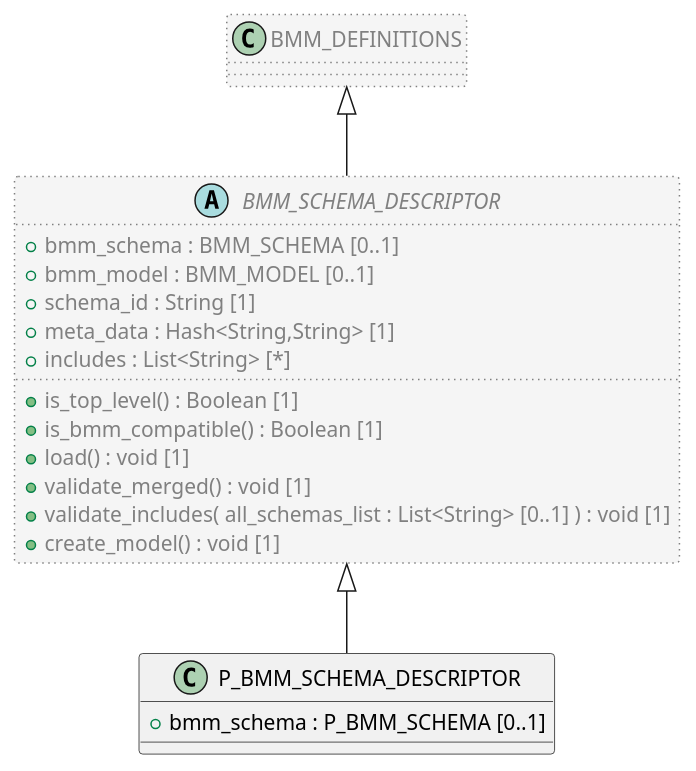
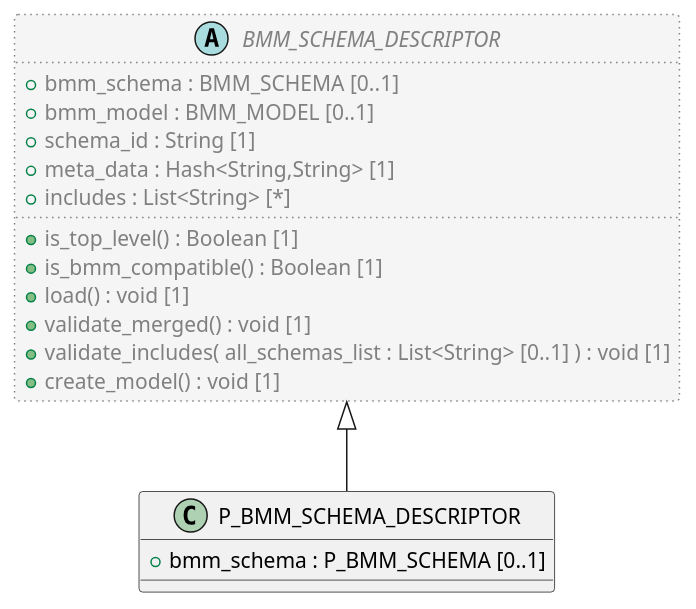
The diagram in code/Adoc/openehr_lang_1.1.0/plantUML/classes/org.openehr.lang.bmm_persistence.p_bmm_schema_descriptor.adoc (sebastian-iancu/code-generator), drawn with PlantUML before and after one commit. The commit also changed 719 other files, not shown here.

```diff
--- a/code/Adoc/openehr_lang_1.1.0/plantUML/classes/org.openehr.lang.bmm_persistence.p_bmm_schema_descriptor.adoc
+++ b/code/Adoc/openehr_lang_1.1.0/plantUML/classes/org.openehr.lang.bmm_persistence.p_bmm_schema_descriptor.adoc
@@ -1,32 +1,27 @@
 [plantuml,P_BMM_SCHEMA_DESCRIPTOR,format=svg,svg-type="inline"]
 -----
 @startuml
 
 class P_BMM_SCHEMA_DESCRIPTOR {
   + bmm_schema : P_BMM_SCHEMA [0..1]
 }
 
 abstract class BMM_SCHEMA_DESCRIPTOR  #whitesmoke;line:gray;line.dotted;text:gray {
   + bmm_schema : BMM_SCHEMA [0..1]
   + bmm_model : BMM_MODEL [0..1]
   + schema_id : String [1]
   + meta_data : Hash<String,String> [1]
   + includes : List<String> [*]
   + is_top_level() : Boolean [1]
   + is_bmm_compatible() : Boolean [1]
   + load() : void [1]
   + validate_merged() : void [1]
   + validate_includes( all_schemas_list : List<String> [0..1] ) : void [1]
   + create_model() : void [1]
 }
 
-class BMM_DEFINITIONS  #whitesmoke;line:gray;line.dotted;text:gray {
-}
-
-BMM_DEFINITIONS <|-- BMM_SCHEMA_DESCRIPTOR
-
 BMM_SCHEMA_DESCRIPTOR <|-- P_BMM_SCHEMA_DESCRIPTOR
 
 
 @enduml
 -----
```
